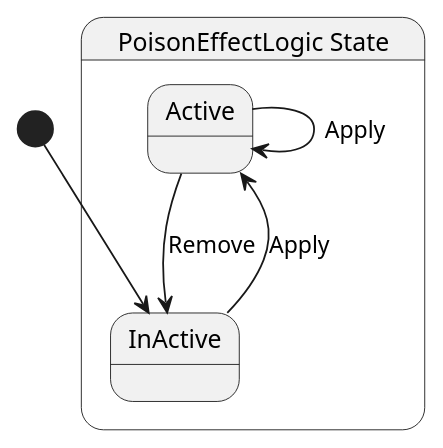
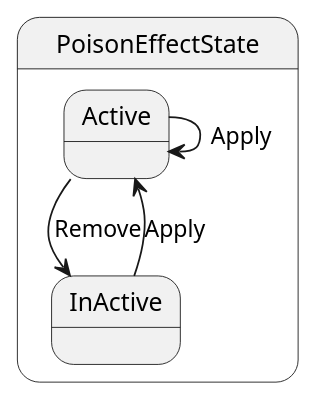
The diagram in src/common/status_effect/state/PoisonEffectLogic.g.puml (Ygoat/EternalJourney), drawn with PlantUML before and after one commit. The commit also changed 56 other files, not shown here.

```diff
--- a/src/common/status_effect/state/PoisonEffectLogic.g.puml
+++ b/src/common/status_effect/state/PoisonEffectLogic.g.puml
@@ -1,11 +1,10 @@
-@startuml PoisonEffectLogic
-state "PoisonEffectLogic State" as EternalJourney_Common_StatusEffect_State_PoisonEffectLogic_State {
-  state "Active" as EternalJourney_Common_StatusEffect_State_PoisonEffectLogic_State_Active
-  state "InActive" as EternalJourney_Common_StatusEffect_State_PoisonEffectLogic_State_InActive
+@startuml PoisonEffectState
+state "PoisonEffectState" as EternalJourney_Common_StatusEffect_State_PoisonEffectState {
+  state "Active" as EternalJourney_Common_StatusEffect_State_PoisonEffectState_Active
+  state "InActive" as EternalJourney_Common_StatusEffect_State_PoisonEffectState_InActive
 }
 
-EternalJourney_Common_StatusEffect_State_PoisonEffectLogic_State_Active --> EternalJourney_Common_StatusEffect_State_PoisonEffectLogic_State_Active : Apply
-EternalJourney_Common_StatusEffect_State_PoisonEffectLogic_State_Active --> EternalJourney_Common_StatusEffect_State_PoisonEffectLogic_State_InActive : Remove
-EternalJourney_Common_StatusEffect_State_PoisonEffectLogic_State_InActive --> EternalJourney_Common_StatusEffect_State_PoisonEffectLogic_State_Active : Apply
-[*] --> EternalJourney_Common_StatusEffect_State_PoisonEffectLogic_State_InActive
+EternalJourney_Common_StatusEffect_State_PoisonEffectState_Active --> EternalJourney_Common_StatusEffect_State_PoisonEffectState_Active : Apply
+EternalJourney_Common_StatusEffect_State_PoisonEffectState_Active --> EternalJourney_Common_StatusEffect_State_PoisonEffectState_InActive : Remove
+EternalJourney_Common_StatusEffect_State_PoisonEffectState_InActive --> EternalJourney_Common_StatusEffect_State_PoisonEffectState_Active : Apply
 @enduml
```
